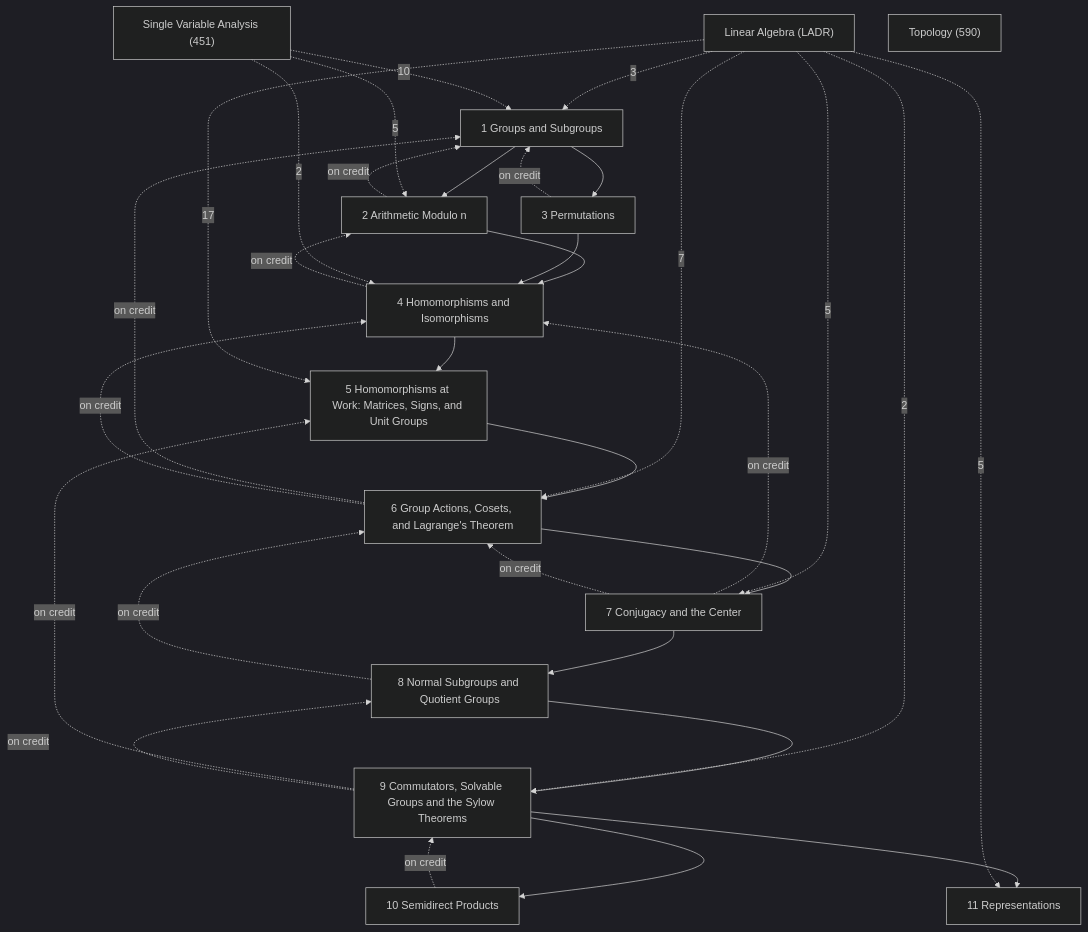
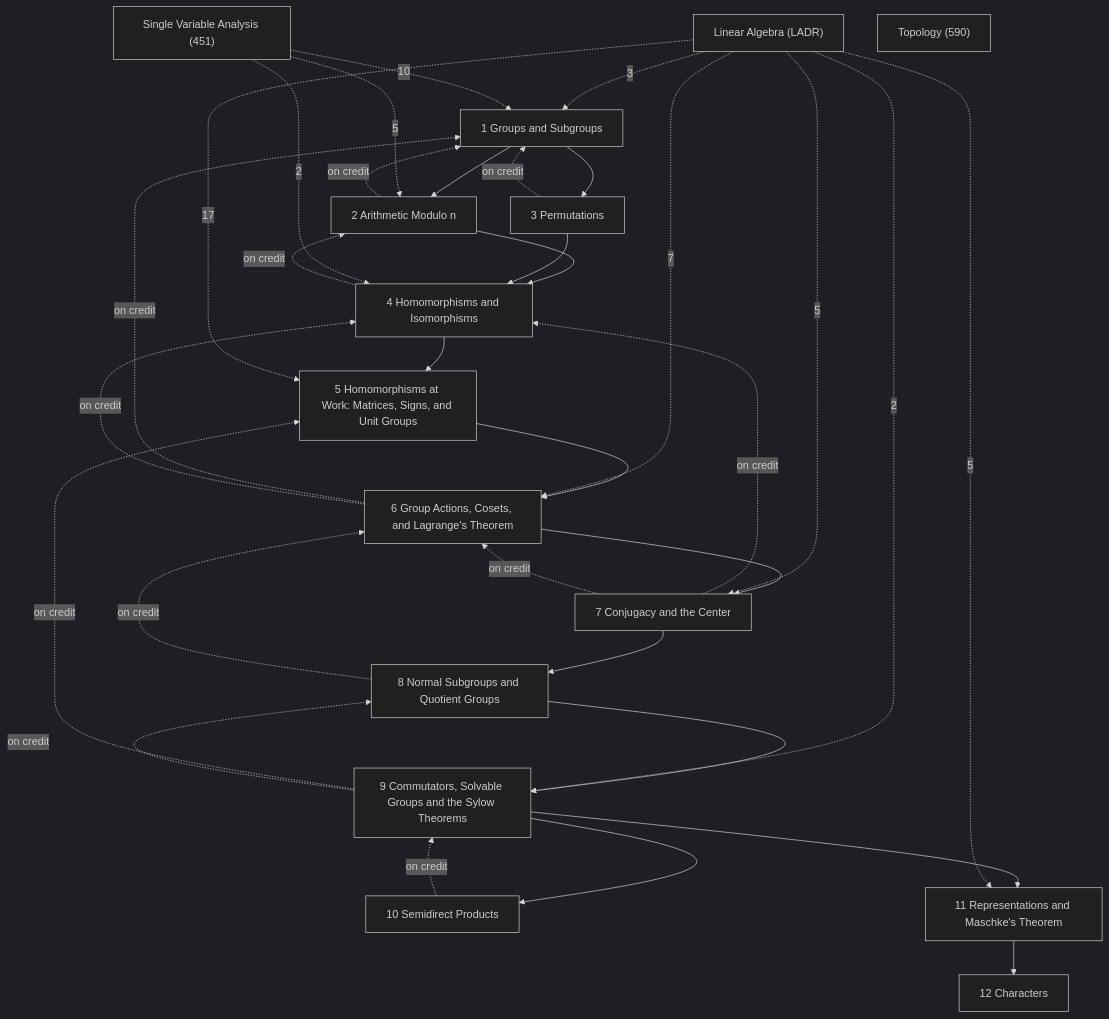
The diagram in Math/Group Theory/Group Theory.md (Onion20040508/notes), drawn with Mermaid (dark theme) before and after one commit. The commit also changed other lines of this file and 45 other files, not shown here.

````diff
--- a/Math/Group Theory/Group Theory.md
+++ b/Math/Group Theory/Group Theory.md
@@ -27,48 +27,50 @@
 ```mermaid
 graph TD
   C1["1 Groups and Subgroups"]
   C2["2 Arithmetic Modulo n"]
   C3["3 Permutations"]
   C4["4 Homomorphisms and Isomorphisms"]
   C5["5 Homomorphisms at Work: Matrices, Signs, and Unit Groups"]
   C6["6 Group Actions, Cosets, and Lagrange's Theorem"]
   C7["7 Conjugacy and the Center"]
   C8["8 Normal Subgroups and Quotient Groups"]
   C9["9 Commutators, Solvable Groups and the Sylow Theorems"]
   C10["10 Semidirect Products"]
-  C11["11 Representations"]
+  C11["11 Representations and Maschke's Theorem"]
+  C12["12 Characters"]
   X1["Linear Algebra (LADR)"]
   X2["Single Variable Analysis (451)"]
   X3["Topology (590)"]
   C1 --> C2
   C1 --> C3
   C2 --> C4
   C3 --> C4
   C4 --> C5
   C5 --> C6
   C6 --> C7
   C7 --> C8
   C8 --> C9
   C9 --> C10
   C9 --> C11
+  C11 --> C12
   C2 -.->|on credit| C1
   C3 -.->|on credit| C1
   C4 -.->|on credit| C2
   C6 -.->|on credit| C1
   C6 -.->|on credit| C4
   C7 -.->|on credit| C4
   C7 -.->|on credit| C6
   C8 -.->|on credit| C6
   C9 -.->|on credit| C5
   C9 -.->|on credit| C8
   C10 -.->|on credit| C9
   X1 -.->|3| C1
   X1 -.->|17| C5
   X1 -.->|7| C6
   X1 -.->|5| C7
   X1 -.->|2| C9
   X1 -.->|5| C11
   X2 -.->|10| C1
   X2 -.->|5| C2
   X2 -.->|2| C4
 ```
````
